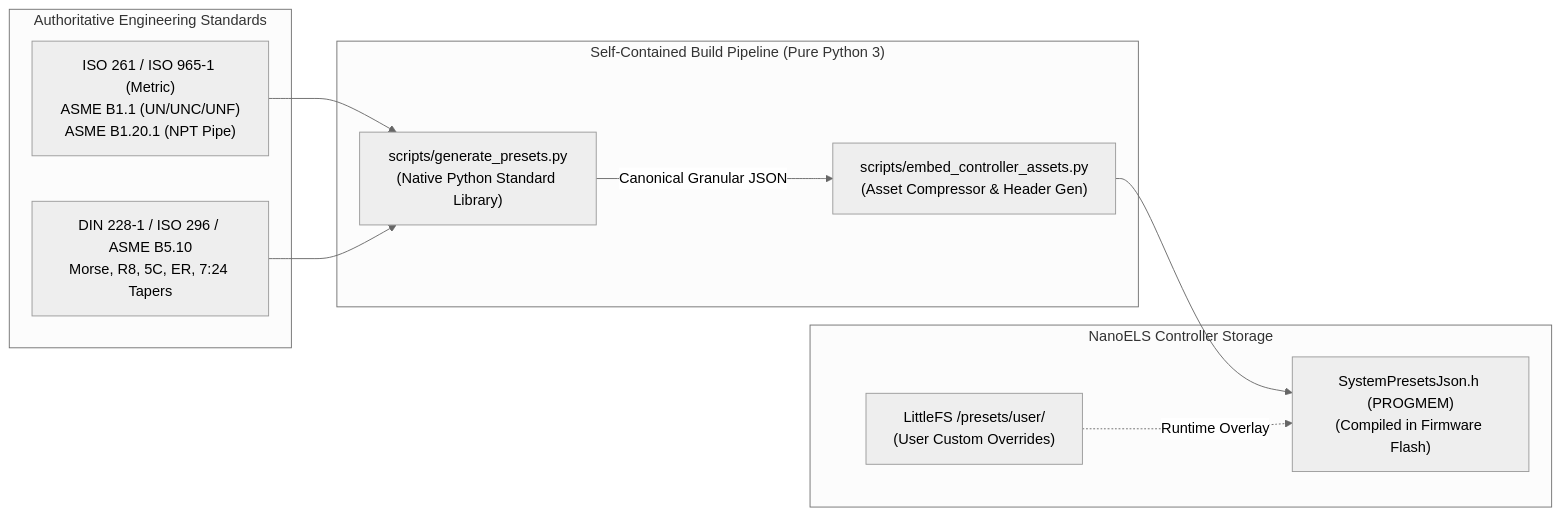
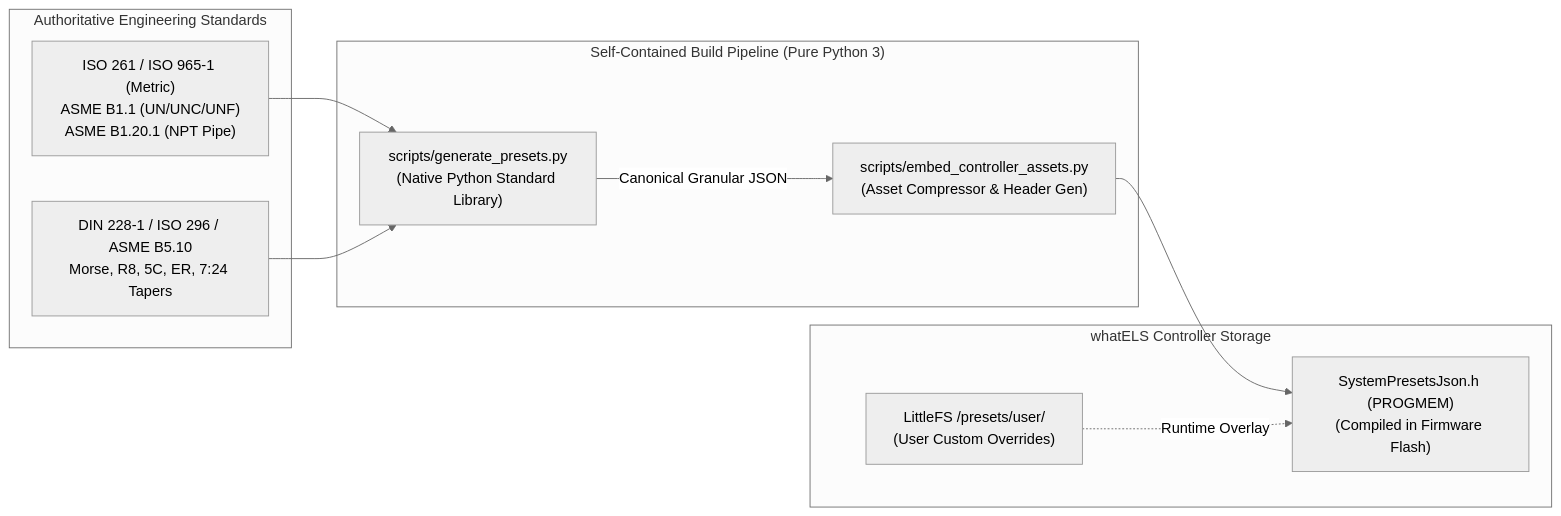
The first of 2 diagrams in docs/state/ELS_PRESET_CATALOG.md (emmelcf/whatELS), drawn with Mermaid (neutral theme) before and after one commit. The commit also changed other lines of this file and 95 other files, not shown here.

First line of the commit message:
rebrand: Rebrand project to whatELS and optimize rules & skills

````diff
--- a/docs/state/ELS_PRESET_CATALOG.md
+++ b/docs/state/ELS_PRESET_CATALOG.md
@@ -67,23 +67,23 @@
 ```mermaid
 flowchart LR
     subgraph Standards ["Authoritative Engineering Standards"]
         ISO["ISO 261 / ISO 965-1 (Metric)\nASME B1.1 (UN/UNC/UNF)\nASME B1.20.1 (NPT Pipe)"]
         DIN["DIN 228-1 / ISO 296 / ASME B5.10\nMorse, R8, 5C, ER, 7:24 Tapers"]
     end
 
     subgraph Pipeline ["Self-Contained Build Pipeline (Pure Python 3)"]
         Script["scripts/generate_presets.py\n(Native Python Standard Library)"]
         Embed["scripts/embed_controller_assets.py\n(Asset Compressor & Header Gen)"]
     end
 
-    subgraph Controller ["NanoELS Controller Storage"]
+    subgraph Controller ["whatELS Controller Storage"]
         ROM["SystemPresetsJson.h (PROGMEM)\n(Compiled in Firmware Flash)"]
         LFS["LittleFS /presets/user/\n(User Custom Overrides)"]
     end
 
     ISO --> Script
     DIN --> Script
     Script -->|Canonical Granular JSON| Embed
     Embed --> ROM
     LFS -.->|Runtime Overlay| ROM
 ```
````
